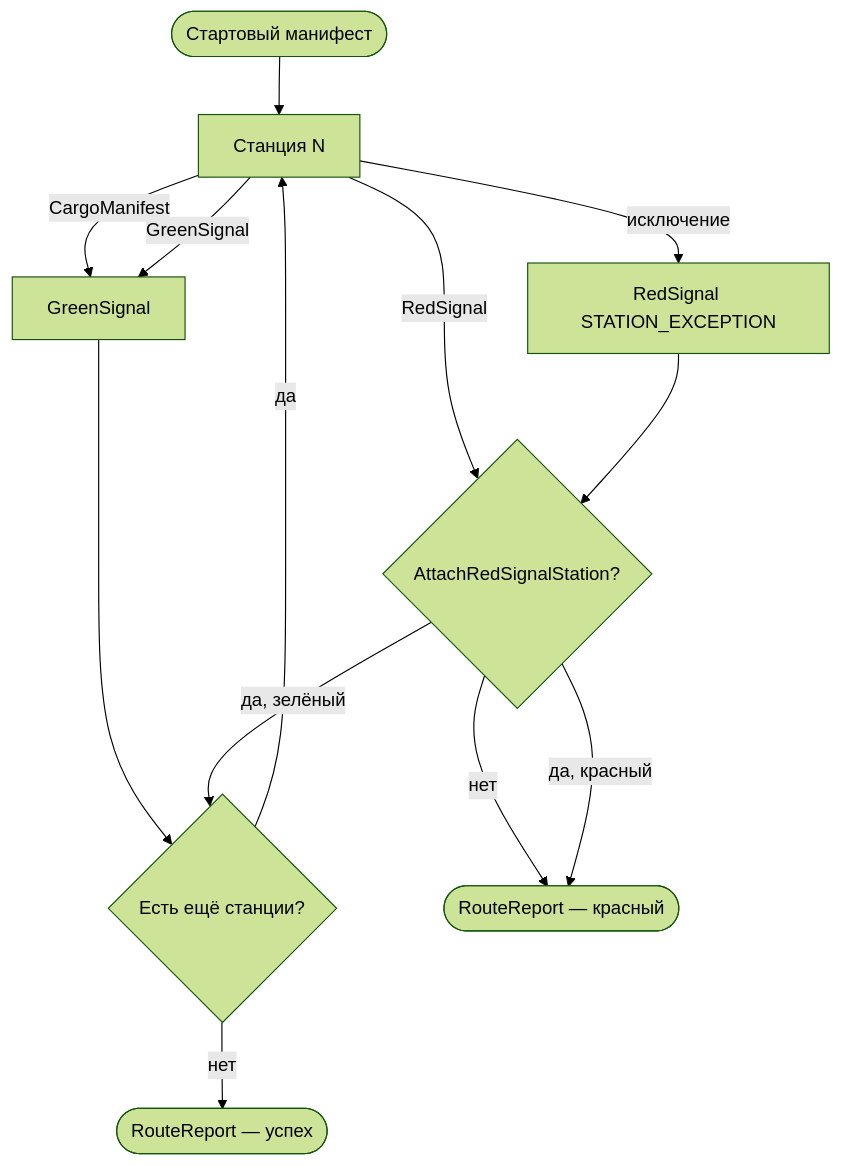
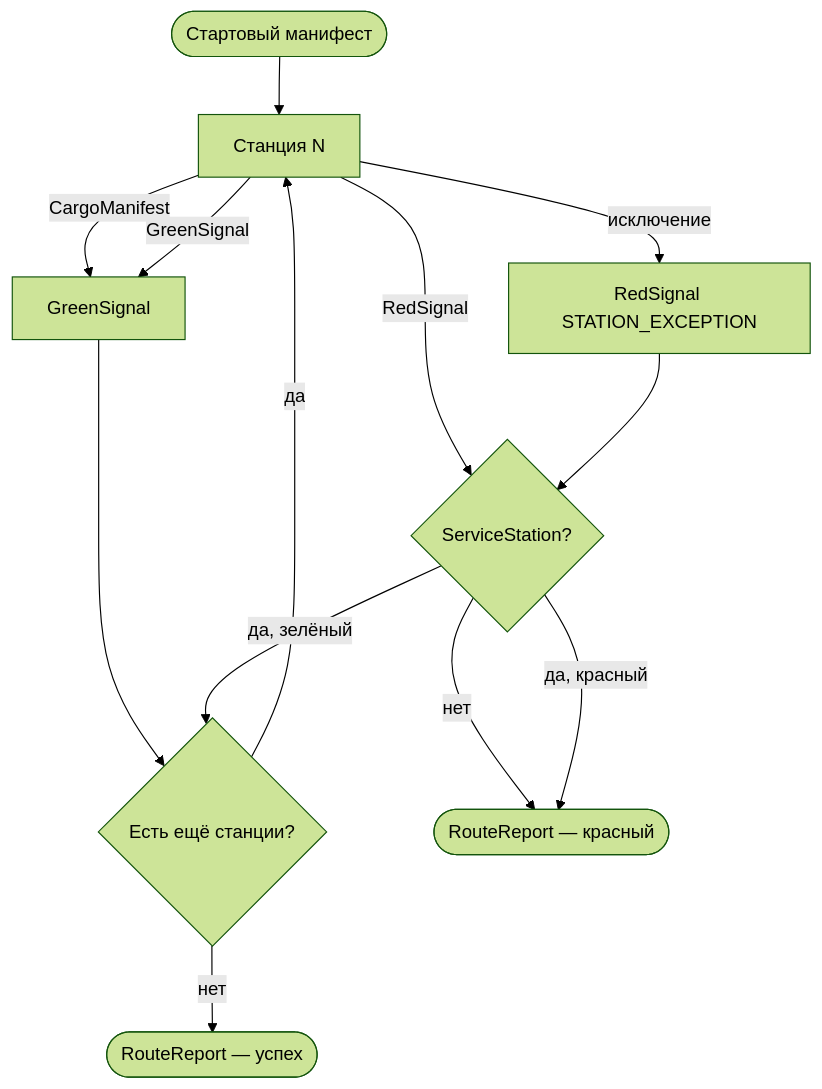
Before and after one commit to moragfullrest-cmyk/TrainOP: the diagram in docs/core-api.md, drawn with Mermaid (forest theme). The commit also changed other lines of this file and 51 other files, not shown here.

````diff
--- a/docs/core-api.md
+++ b/docs/core-api.md
@@ -231,15 +241,15 @@
 ```mermaid
 flowchart TD
     Start([Стартовый манифест]) --> Station[Станция N]
     Station -->|CargoManifest| Green[GreenSignal]
     Station -->|GreenSignal| Green
-    Station -->|RedSignal| Red{AttachRedSignalStation?}
+    Station -->|RedSignal| Red{ServiceStation?}
     Green --> Next{Есть ещё станции?}
     Next -->|да| Station
     Next -->|нет| Done([RouteReport — успех])
     Red -->|нет| Fail([RouteReport — красный])
     Red -->|да, зелёный| Next
     Red -->|да, красный| Fail
     Station -->|исключение| RedSignal[RedSignal STATION_EXCEPTION]
     RedSignal --> Red
 ```
````
